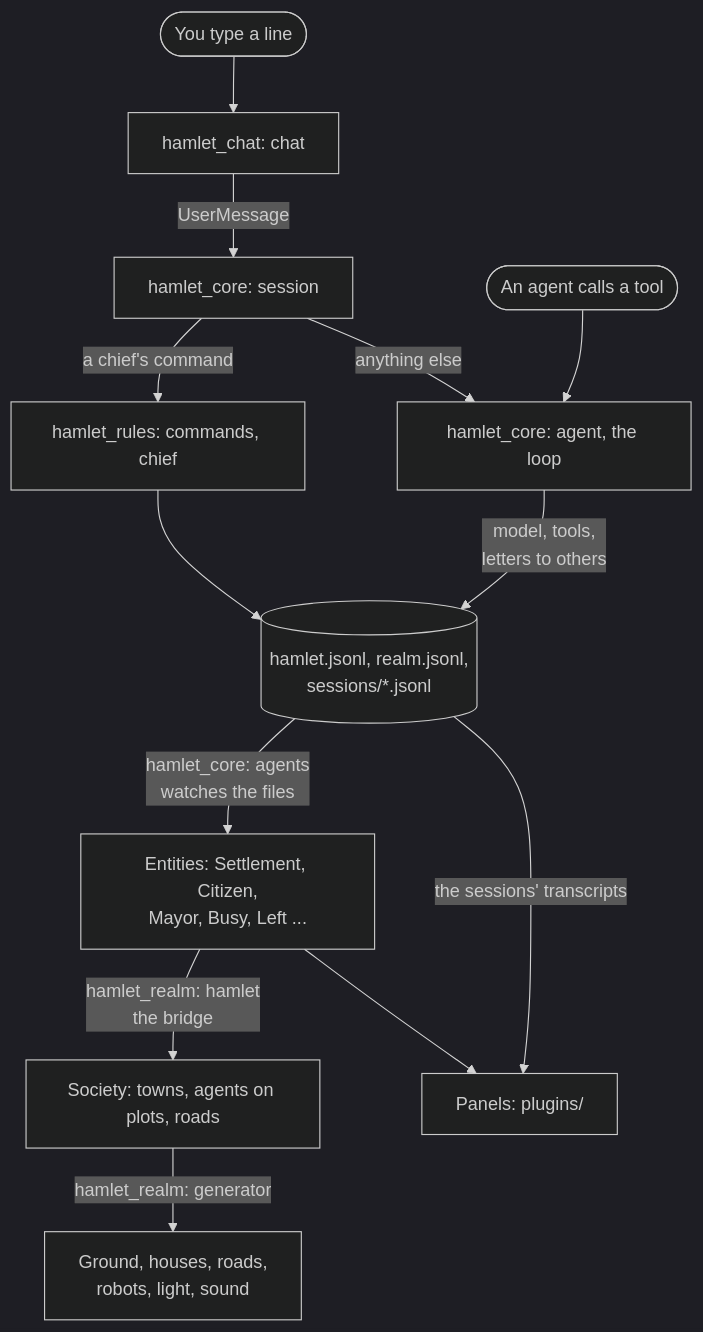
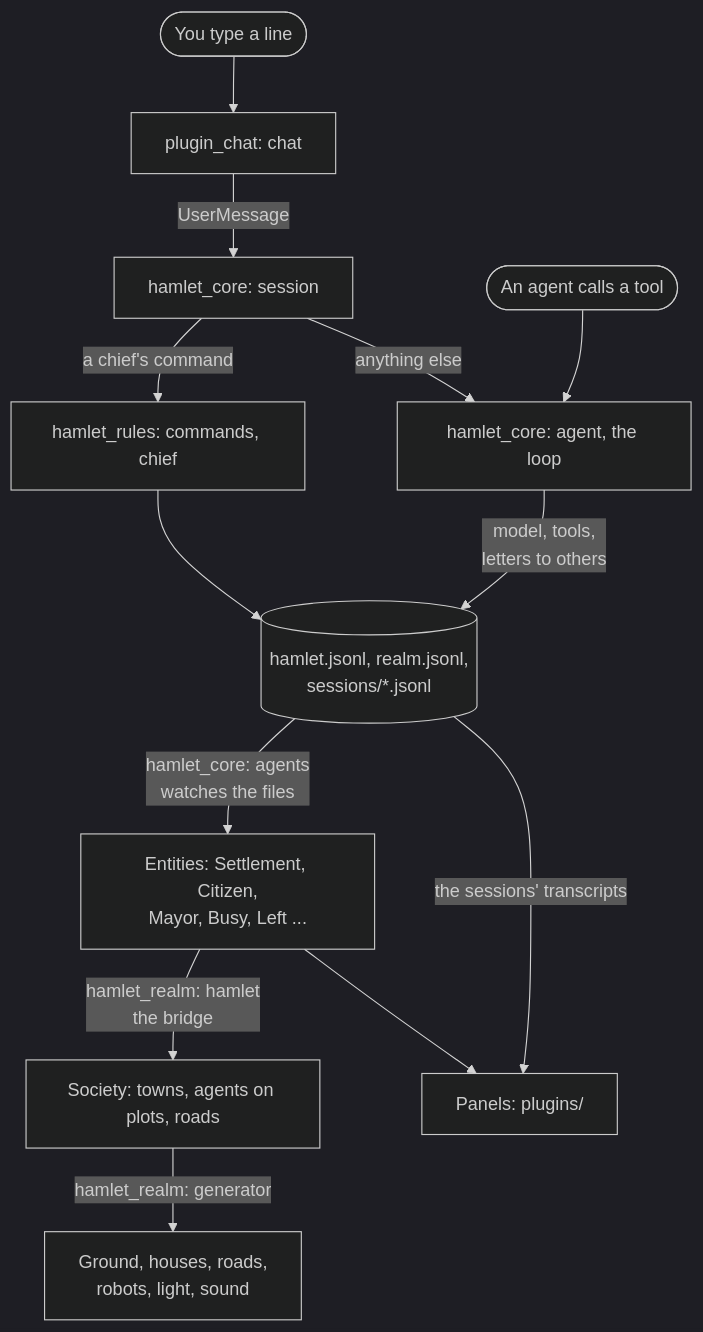
The diagram in docs/tour.md (voxell-tech/hamlet), drawn with Mermaid (dark theme) before and after one commit. The commit also changed other lines of this file and 105 other files, not shown here.

````diff
--- a/docs/tour.md
+++ b/docs/tour.md
@@ -17,27 +17,27 @@
 ```mermaid
 flowchart TD
     typed([You type a line])
-    chat["hamlet_chat: chat"]
+    chat["plugin_chat: chat"]
     session["hamlet_core: session"]
     rules["hamlet_rules: commands, chief"]
     agent["hamlet_core: agent, the loop"]
     tool([An agent calls a tool])
     records[("hamlet.jsonl, realm.jsonl,<br/>sessions/*.jsonl")]
     entities["Entities: Settlement, Citizen,<br/>Mayor, Busy, Left ..."]
     society["Society: towns, agents on plots, roads"]
     drawn["Ground, houses, roads,<br/>robots, light, sound"]
     panels["Panels: plugins/"]
 
     typed --> chat
     chat -- UserMessage --> session
     session -- "a chief's command" --> rules
     session -- "anything else" --> agent
     tool --> agent
     rules --> records
     agent -- "model, tools,<br/>letters to others" --> records
     records -- "hamlet_core: agents<br/>watches the files" --> entities
     entities -- "hamlet_realm: hamlet<br/>the bridge" --> society
     society -- "hamlet_realm: generator" --> drawn
     entities --> panels
     records -- "the sessions' transcripts" --> panels
 ```
````
